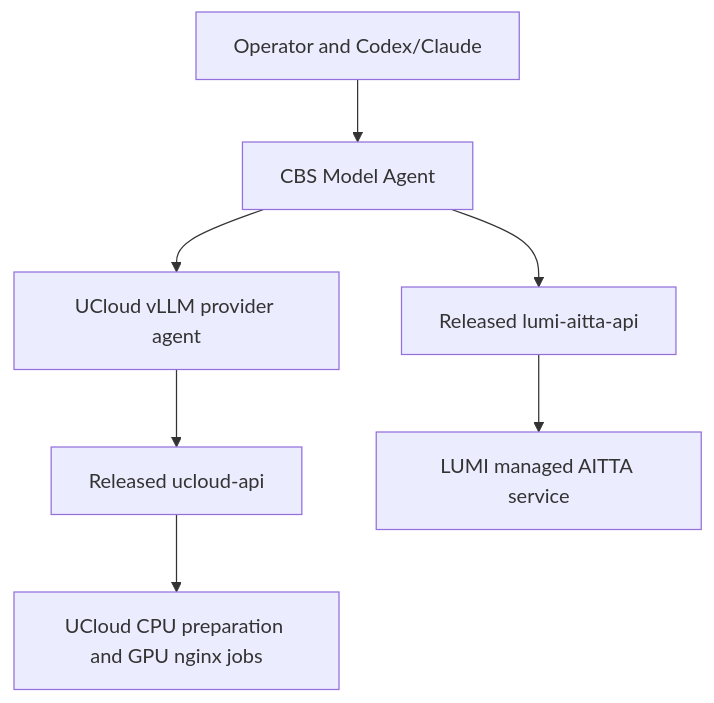
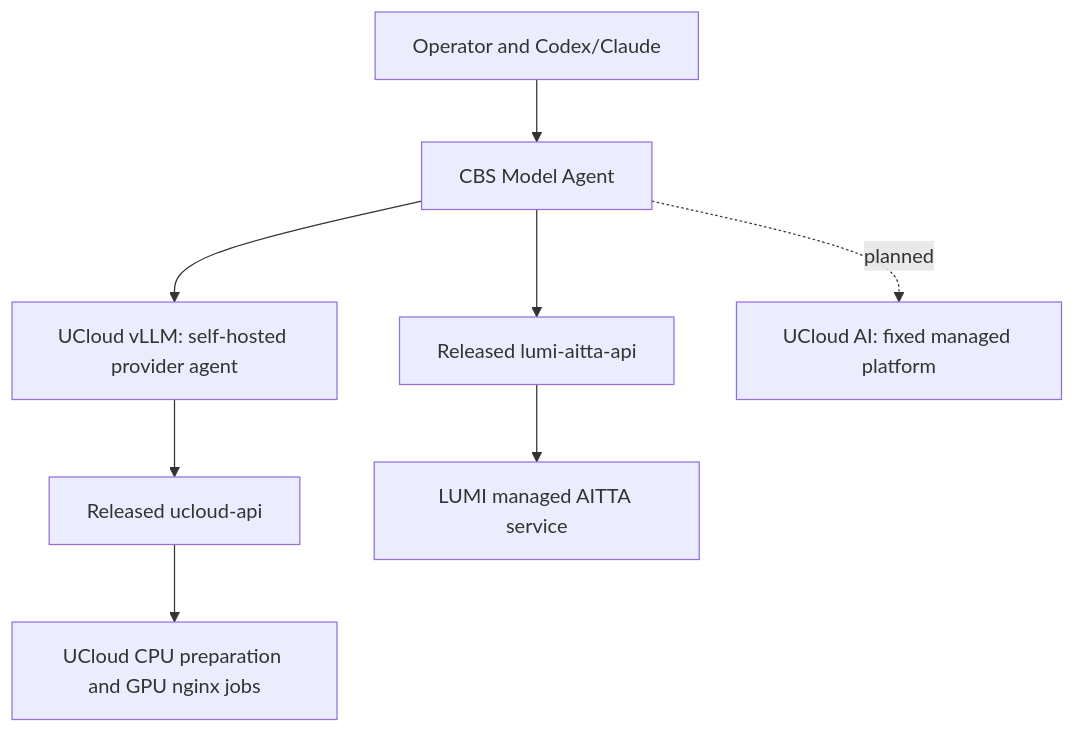
One commit to CBS-HPC/model-agent changed the diagram in docs/architecture.md. Above: the diagram before and after it, drawn with Mermaid. The commit also changed other lines of this file and 9 other files, not shown here.

Commit message:
Name self-hosting provider ucloud-vllm and reserve ucloud-ai for future integration

````diff
--- a/docs/architecture.md
+++ b/docs/architecture.md
@@ -3,9 +3,10 @@
 ```mermaid
 flowchart TD
     User[Operator and Codex/Claude] --> Wrapper[CBS Model Agent]
-    Wrapper --> UC[UCloud vLLM provider agent]
+    Wrapper --> UC[UCloud vLLM: self-hosted provider agent]
     UC --> API[Released ucloud-api]
     API --> Jobs[UCloud CPU preparation and GPU nginx jobs]
     Wrapper --> AITTA[Released lumi-aitta-api]
     AITTA --> Service[LUMI managed AITTA service]
+    Wrapper -. planned .-> UCAI[UCloud AI: fixed managed platform]
 ```
````
